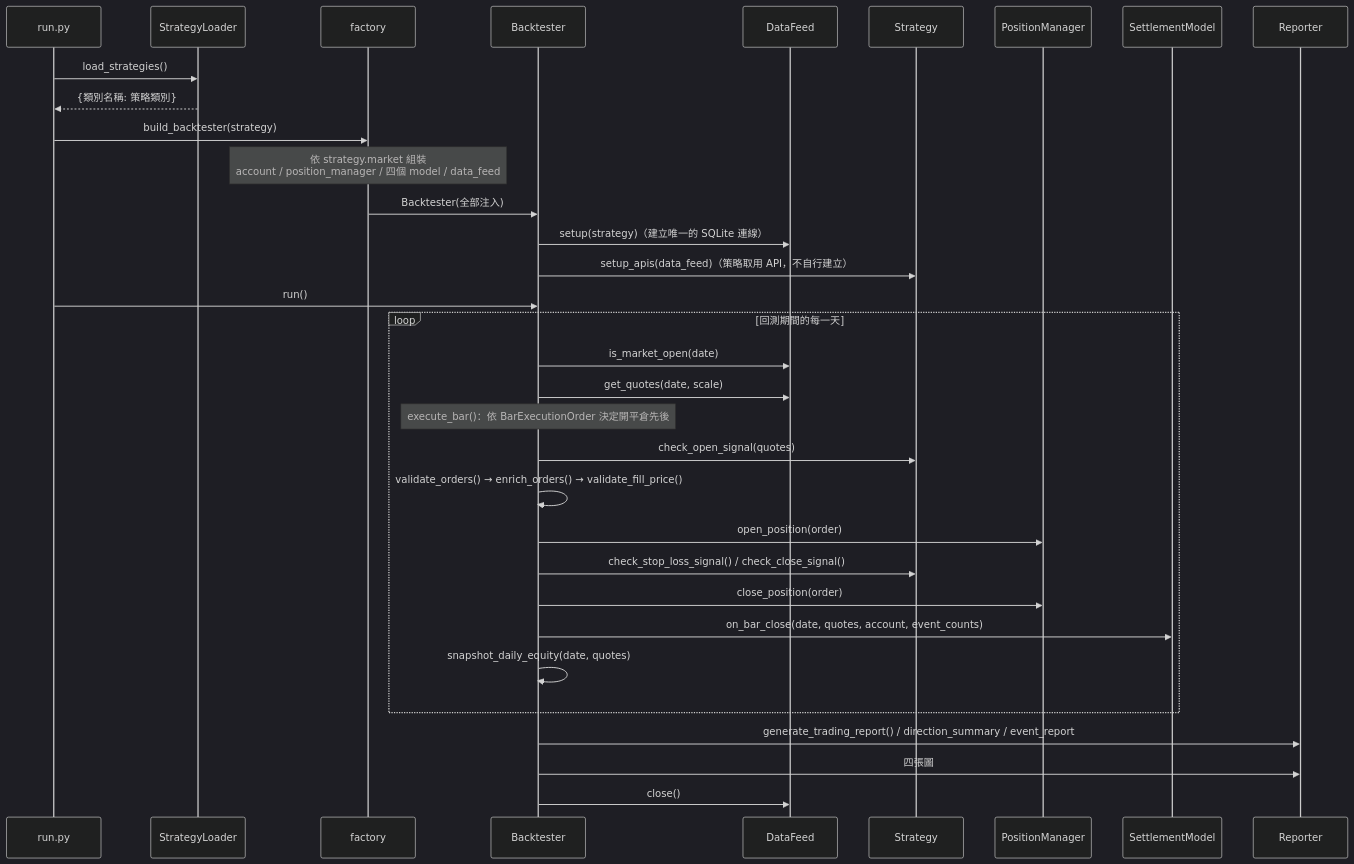
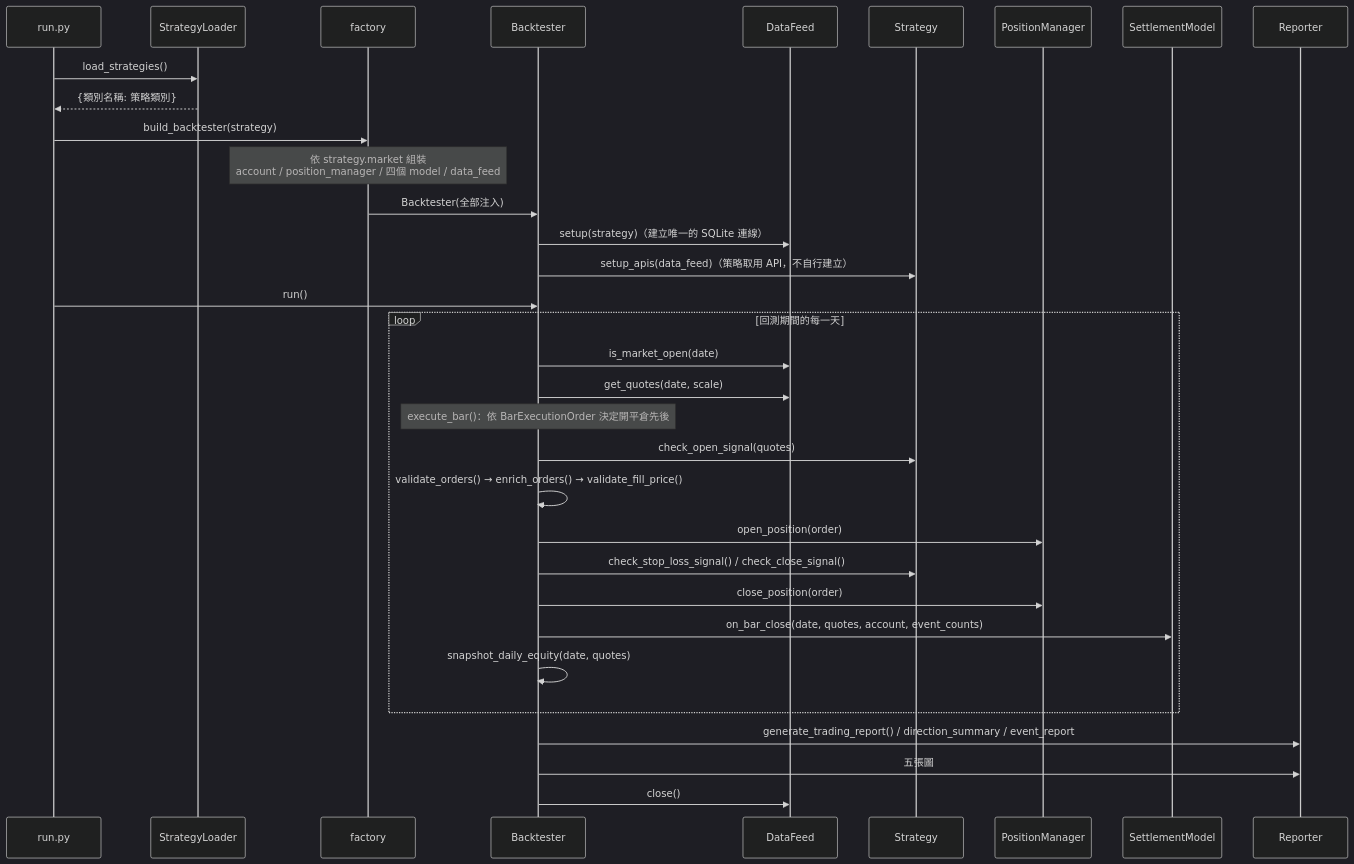
One commit to kuo220/AlphaEdge changed the diagram in docs/backtest/module-map.md. Above: the diagram before and after it, drawn with Mermaid (dark theme). The commit also changed other lines of this file and 198 other files, not shown here.

````diff
--- a/docs/backtest/module-map.md
+++ b/docs/backtest/module-map.md
@@ -38,39 +38,39 @@
 ```mermaid
 sequenceDiagram
     participant CLI as run.py
     participant Loader as StrategyLoader
     participant F as factory
     participant BT as Backtester
     participant Feed as DataFeed
     participant S as Strategy
     participant PM as PositionManager
     participant SM as SettlementModel
     participant R as Reporter
 
     CLI->>Loader: load_strategies()
     Loader-->>CLI: {類別名稱: 策略類別}
     CLI->>F: build_backtester(strategy)
 
     Note over F: 依 strategy.market 組裝<br/>account / position_manager / 四個 model / data_feed
     F->>BT: Backtester(全部注入)
     BT->>Feed: setup(strategy)（建立唯一的 SQLite 連線）
     BT->>S: setup_apis(data_feed)（策略取用 API，不自行建立）
 
     CLI->>BT: run()
     loop 回測期間的每一天
         BT->>Feed: is_market_open(date)
         BT->>Feed: get_quotes(date, scale)
         Note over BT: execute_bar()：依 BarExecutionOrder 決定開平倉先後
         BT->>S: check_open_signal(quotes)
         BT->>BT: validate_orders() → enrich_orders() → validate_fill_price()
         BT->>PM: open_position(order)
         BT->>S: check_stop_loss_signal() / check_close_signal()
         BT->>PM: close_position(order)
         BT->>SM: on_bar_close(date, quotes, account, event_counts)
         BT->>BT: snapshot_daily_equity(date, quotes)
     end
 
     BT->>R: generate_trading_report() / direction_summary / event_report
-    BT->>R: 四張圖
+    BT->>R: 五張圖
     BT->>Feed: close()
 ```
````
